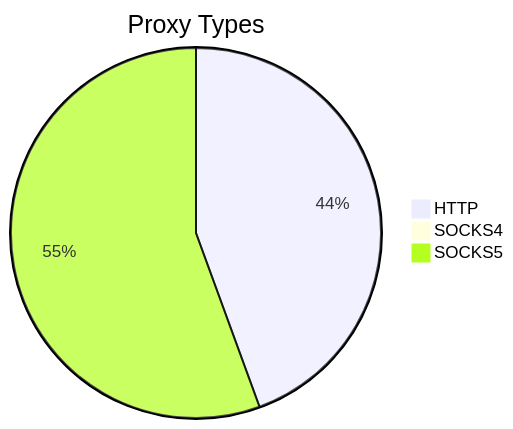
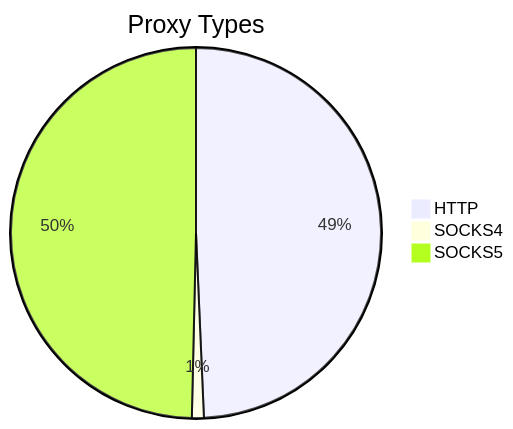
Before and after one commit to stormsia/proxy-list: the first of 2 diagrams in README.md, drawn with Mermaid. The commit also changed other lines of this file, not shown here.

````diff
--- a/README.md
+++ b/README.md
@@ -21,6 +21,6 @@
 ```mermaid
 pie title Proxy Types
-    "HTTP" : 821
-    "SOCKS4" : 13
-    "SOCKS5" : 1027
+    "HTTP" : 757
+    "SOCKS4" : 16
+    "SOCKS5" : 762
 ```
````
